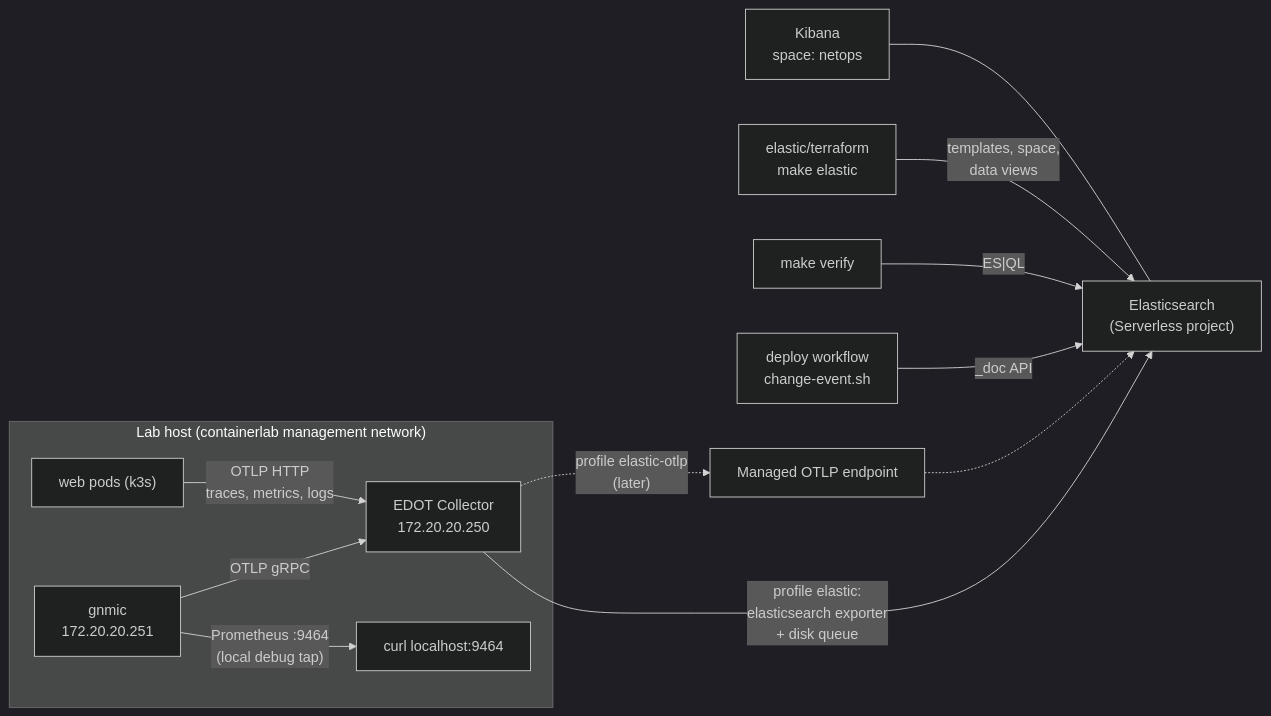
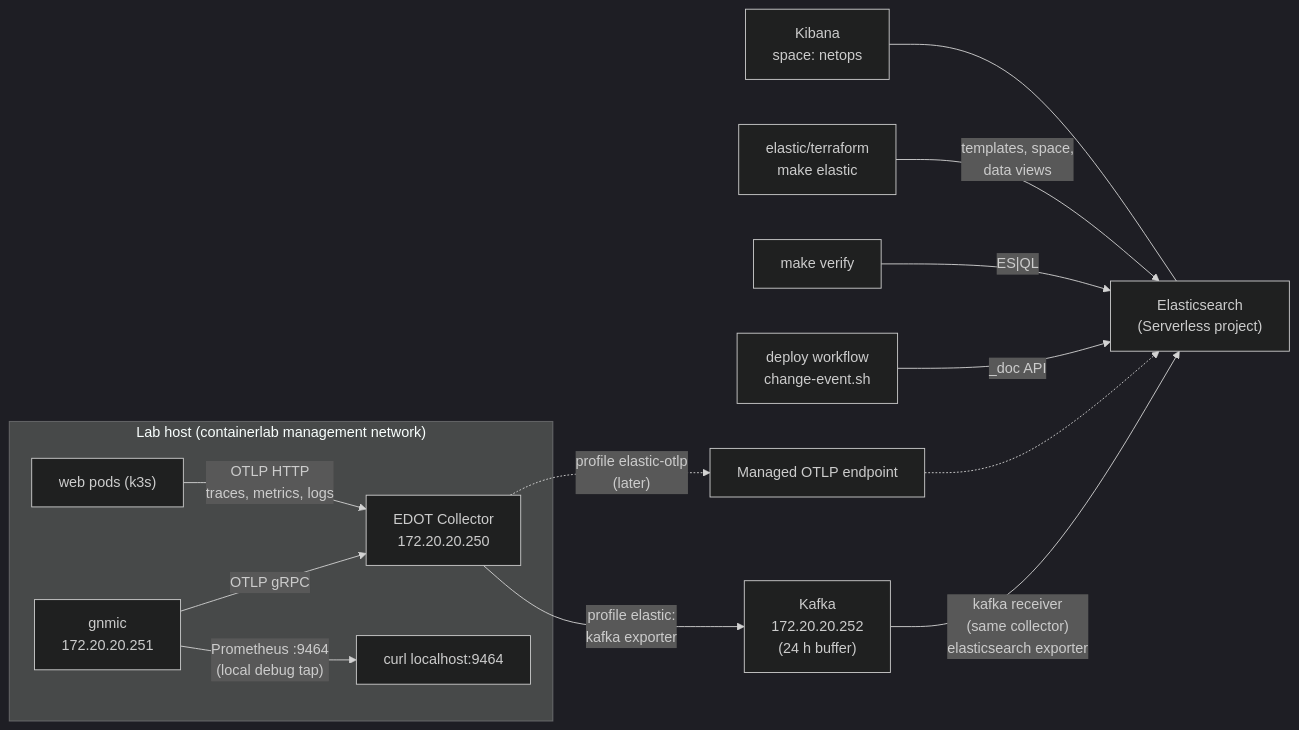
One commit to samurato/network-lab changed the diagram in docs/elastic.md. Above: the diagram before and after it, drawn with Mermaid (dark theme). The commit also changed other lines of this file and 10 other files, not shown here.

First line of the commit message:
Kafka buffer between the collector and Elastic

````diff
--- a/docs/elastic.md
+++ b/docs/elastic.md
@@ -29,15 +29,16 @@
 ```mermaid
 flowchart LR
   subgraph LAB["Lab host (containerlab management network)"]
     GN["gnmic<br/>172.20.20.251"] -- "OTLP gRPC" --> OC
     GN -- "Prometheus :9464<br/>(local debug tap)" --> TAP["curl localhost:9464"]
     APP["web pods (k3s)"] -- "OTLP HTTP<br/>traces, metrics, logs" --> OC["EDOT Collector<br/>172.20.20.250"]
   end
-  OC -- "profile elastic:<br/>elasticsearch exporter<br/>+ disk queue" --> ES["Elasticsearch<br/>(Serverless project)"]
+  OC -- "profile elastic:<br/>kafka exporter" --> KF["Kafka<br/>172.20.20.252<br/>(24 h buffer)"]
+  KF -- "kafka receiver<br/>(same collector)<br/>elasticsearch exporter" --> ES["Elasticsearch<br/>(Serverless project)"]
   OC -. "profile elastic-otlp<br/>(later)" .-> MOTLP["Managed OTLP endpoint"]
   MOTLP -.-> ES
   CI["deploy workflow<br/>change-event.sh"] -- "_doc API" --> ES
   VER["make verify"] -- "ES|QL" --> ES
   TF["elastic/terraform<br/>make elastic"] -- "templates, space,<br/>data views" --> ES
   KB["Kibana<br/>space: netops"] --- ES
 ```
````
